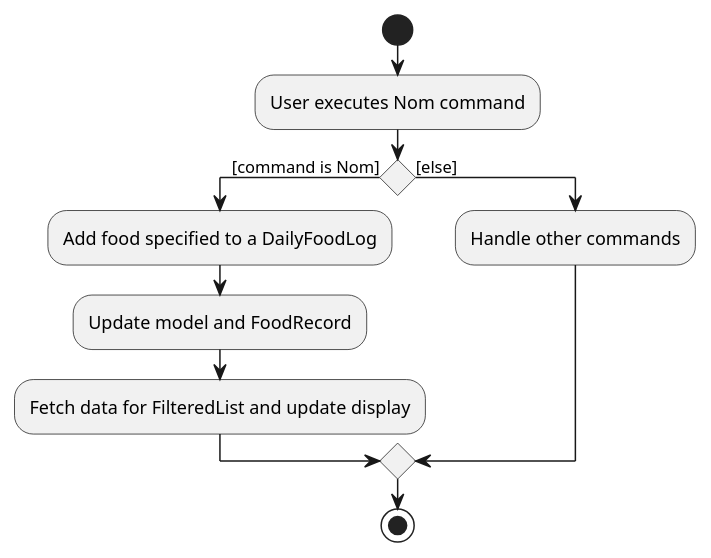
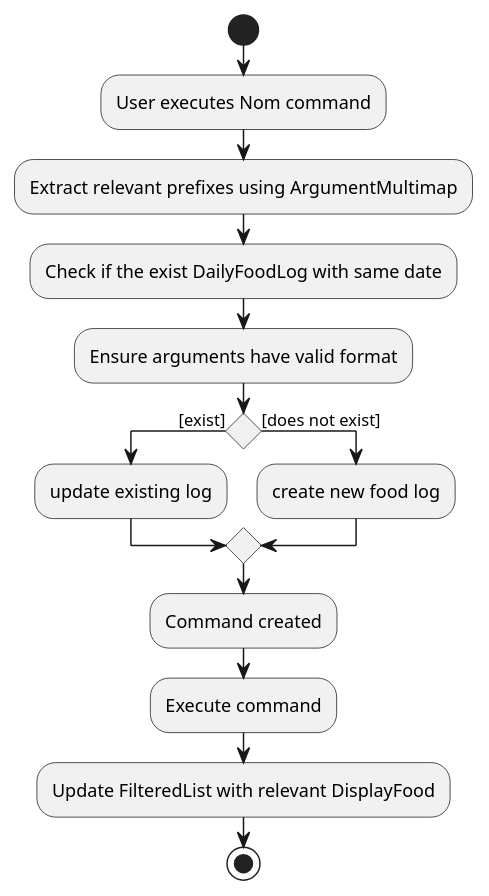
The diagram in docs/diagrams/NomActiivityDiagram.puml (ray-97/main), drawn with PlantUML before and after one commit. The commit also changed 6 other files, not shown here.

Commit message:
activity diagram

```diff
--- a/docs/diagrams/NomActiivityDiagram.puml
+++ b/docs/diagrams/NomActiivityDiagram.puml
@@ -1,13 +1,21 @@
 @startuml
 start
 :User executes Nom command;
 
-if () then ([command is Nom])
-    :Add food specified to a DailyFoodLog;
-    :Update model and FoodRecord;
-    :Fetch data for FilteredList and update display;
-else ([else])
-    :Handle other commands;
+:Extract relevant prefixes using ArgumentMultimap;
+:Check if the exist DailyFoodLog with same date;
+:Ensure arguments have valid format;
+
+if() then ([exist])
+:update existing log;
+
+else ([does not exist])
+:create new food log;
 endif
+
+:Command created;
+:Execute command;
+:Update FilteredList with relevant DisplayFood;
+
 stop
 @enduml
```
